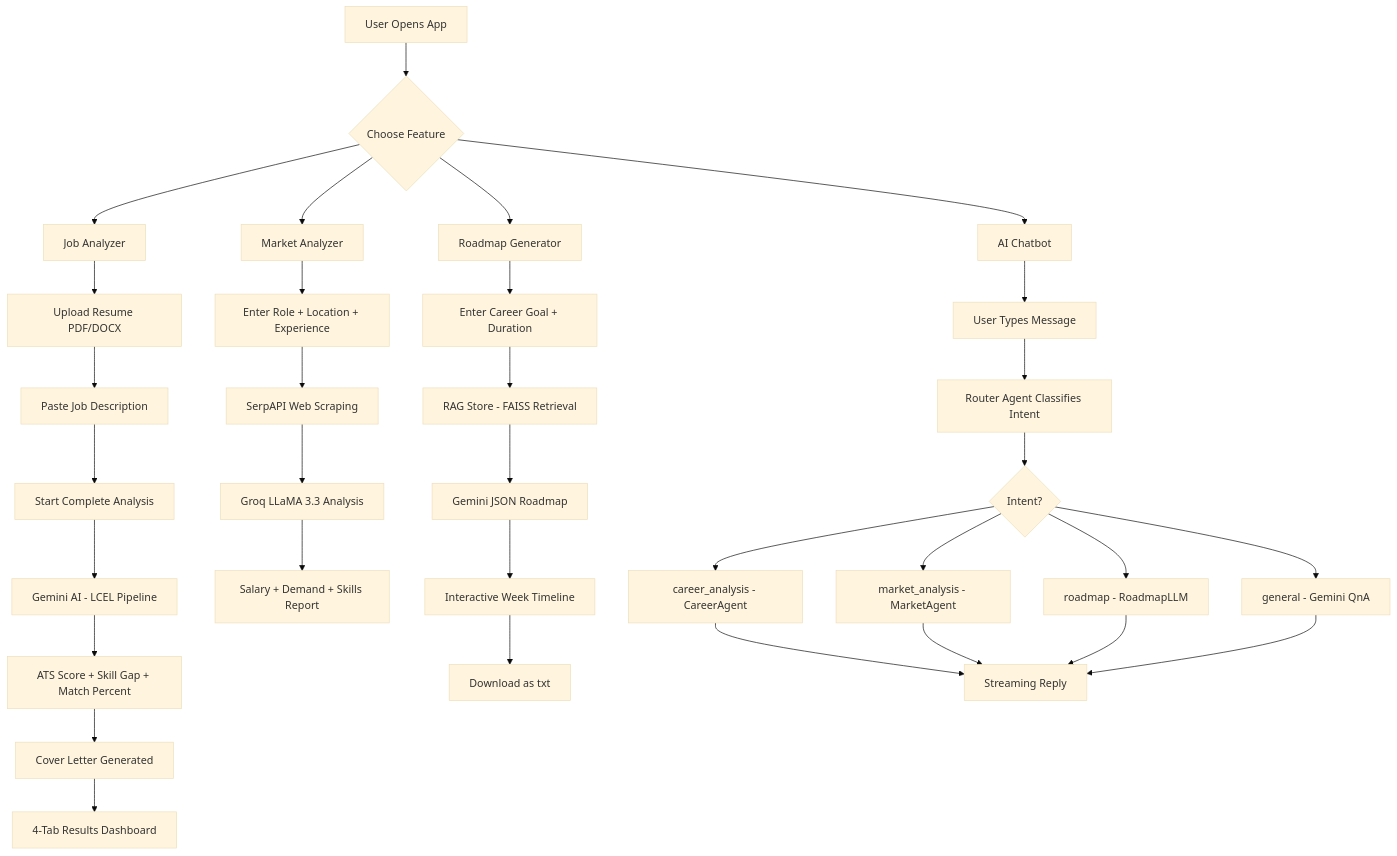
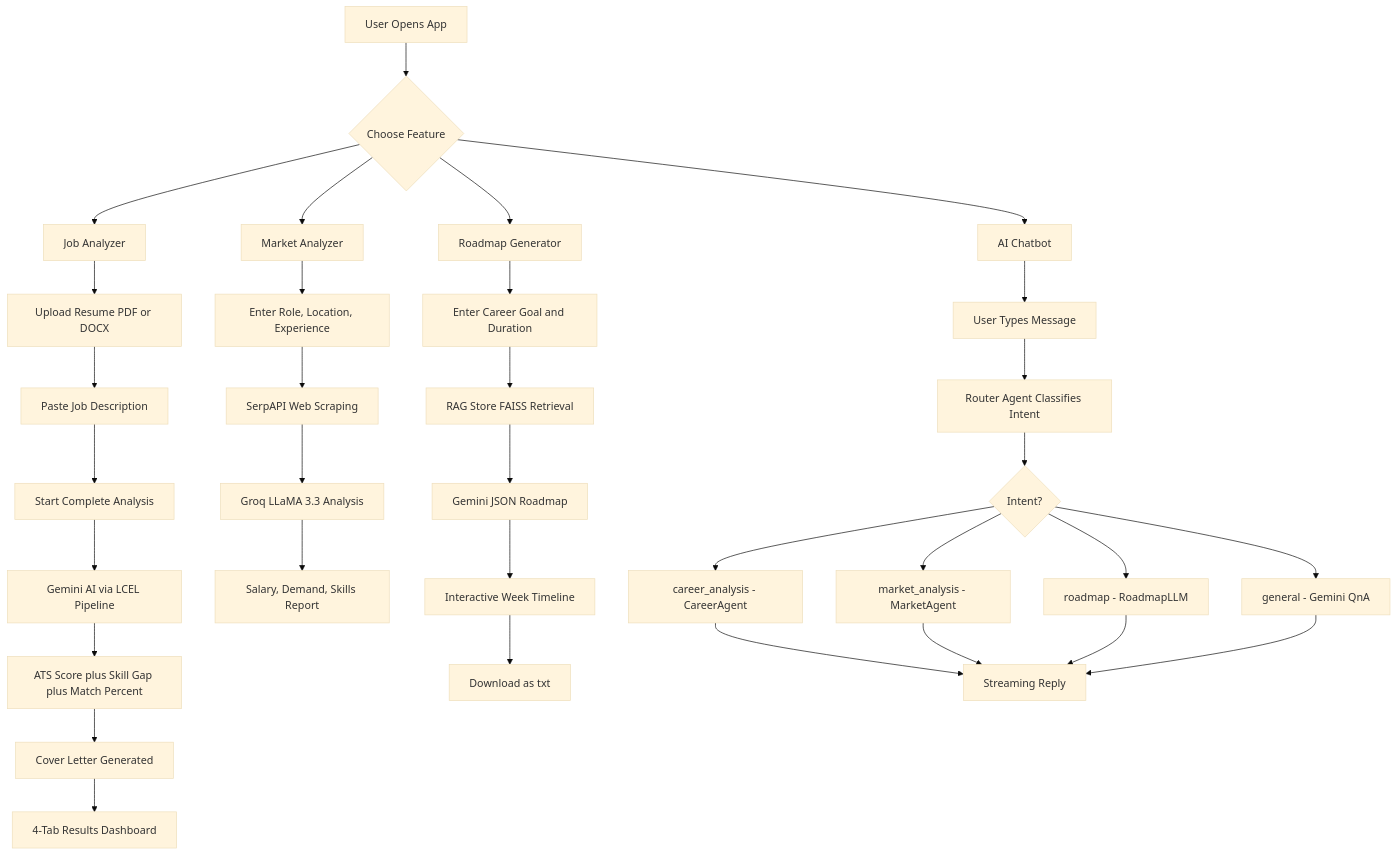
One commit to codexankiiit31/Student-Career-Analyser-Agent changed the diagram in README.md. Above: the diagram before and after it, drawn with Mermaid (base theme).

````diff
--- a/README.md
+++ b/README.md
@@ -107,37 +107,40 @@
 ```mermaid
 flowchart TD
     A[User Opens App] --> B{Choose Feature}
 
     B --> C[Job Analyzer]
     B --> D[Market Analyzer]
     B --> E[Roadmap Generator]
     B --> F[AI Chatbot]
 
-    C --> C1[Upload Resume PDF/DOCX]
+    C --> C1[Upload Resume PDF or DOCX]
     C1 --> C2[Paste Job Description]
     C2 --> C3[Start Complete Analysis]
-    C3 --> C4[Gemini AI - LCEL Pipeline]
-    C4 --> C5[ATS Score + Skill Gap + Match Percent]
+    C3 --> C4[Gemini AI via LCEL Pipeline]
+    C4 --> C5[ATS Score plus Skill Gap plus Match Percent]
     C5 --> C6[Cover Letter Generated]
     C6 --> C7[4-Tab Results Dashboard]
 
-    D --> D1[Enter Role + Location + Experience]
+    D --> D1[Enter Role, Location, Experience]
     D1 --> D2[SerpAPI Web Scraping]
     D2 --> D3[Groq LLaMA 3.3 Analysis]
-    D3 --> D4[Salary + Demand + Skills Report]
+    D3 --> D4[Salary, Demand, Skills Report]
 
-    E --> E1[Enter Career Goal + Duration]
-    E1 --> E2[RAG Store - FAISS Retrieval]
+    E --> E1[Enter Career Goal and Duration]
+    E1 --> E2[RAG Store FAISS Retrieval]
     E2 --> E3[Gemini JSON Roadmap]
     E3 --> E4[Interactive Week Timeline]
     E4 --> E5[Download as txt]
 
     F --> F1[User Types Message]
     F1 --> F2[Router Agent Classifies Intent]
     F2 --> F3{Intent?}
     F3 --> F4[career_analysis - CareerAgent]
     F3 --> F5[market_analysis - MarketAgent]
     F3 --> F6[roadmap - RoadmapLLM]
     F3 --> F7[general - Gemini QnA]
-    F4 & F5 & F6 & F7 --> F8[Streaming Reply]
+    F4 --> F8[Streaming Reply]
+    F5 --> F8
+    F6 --> F8
+    F7 --> F8
 ```
````
